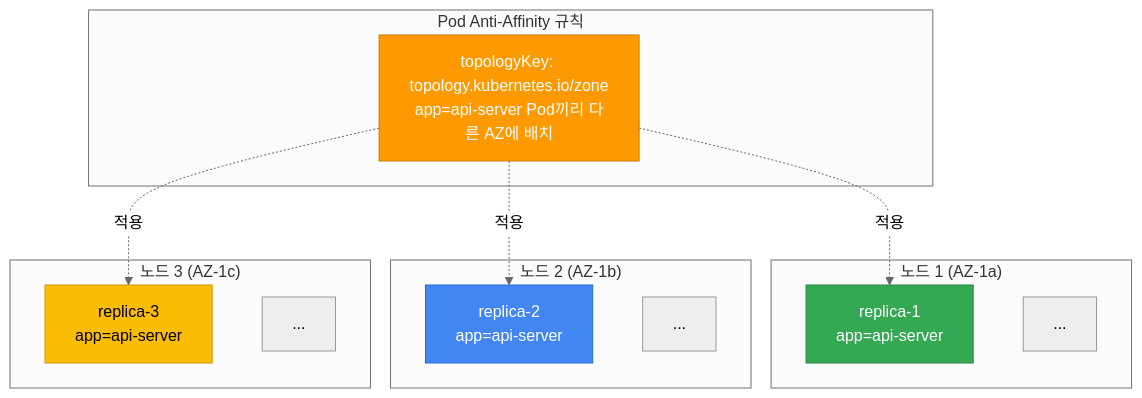
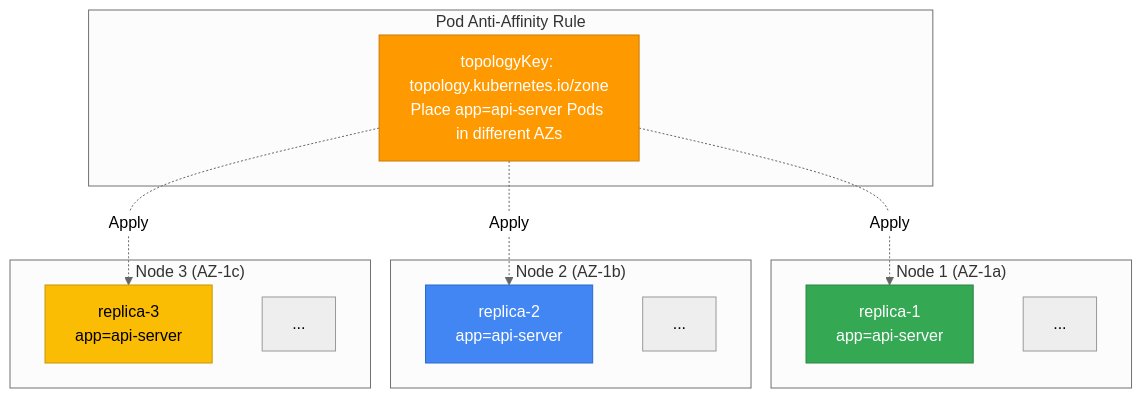
One commit to devfloor9/engineering-playbook changed the second of 12 diagrams in docs/eks-best-practices/operations-reliability/eks-pod-scheduling-availability.md. Above: the diagram before and after it, drawn with Mermaid (neutral theme). The commit also changed other lines of this file and 954 other files, not shown here.

````diff
--- a/docs/eks-best-practices/operations-reliability/eks-pod-scheduling-availability.md
+++ b/docs/eks-best-practices/operations-reliability/eks-pod-scheduling-availability.md
@@ -501,30 +501,30 @@
 ```mermaid
 flowchart TB
-    subgraph "노드 1 (AZ-1a)"
+    subgraph "Node 1 (AZ-1a)"
         N1P1[replica-1<br/>app=api-server]
         N1P2[...]
     end
 
-    subgraph "노드 2 (AZ-1b)"
+    subgraph "Node 2 (AZ-1b)"
         N2P1[replica-2<br/>app=api-server]
         N2P2[...]
     end
 
-    subgraph "노드 3 (AZ-1c)"
+    subgraph "Node 3 (AZ-1c)"
         N3P1[replica-3<br/>app=api-server]
         N3P2[...]
     end
 
-    subgraph "Pod Anti-Affinity 규칙"
-        RULE[topologyKey: topology.kubernetes.io/zone<br/>app=api-server Pod끼리 다른 AZ에 배치]
+    subgraph "Pod Anti-Affinity Rule"
+        RULE[topologyKey: topology.kubernetes.io/zone<br/>Place app=api-server Pods in different AZs]
     end
 
-    RULE -.->|적용| N1P1
-    RULE -.->|적용| N2P1
-    RULE -.->|적용| N3P1
+    RULE -.->|Apply| N1P1
+    RULE -.->|Apply| N2P1
+    RULE -.->|Apply| N3P1
 
     style N1P1 fill:#34a853,stroke:#2a8642,color:#fff
     style N2P1 fill:#4286f4,stroke:#2a6acf,color:#fff
     style N3P1 fill:#fbbc04,stroke:#c99603,color:#000
     style RULE fill:#ff9900,stroke:#cc7a00,color:#fff
 ```
````
